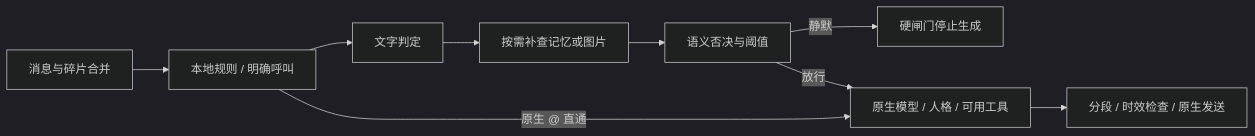
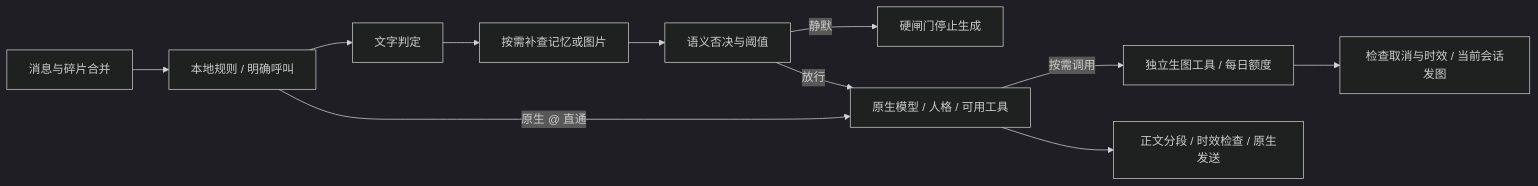
The diagram in README.md (AKIhunter/astrbot_plugin_at_guard), drawn with Mermaid (dark theme) before and after one commit. The commit also changed other lines of this file and 20 other files, not shown here.

First line of the commit message:
统一已上线功能文档并同步独立生图与上下文设置

````diff
--- a/README.md
+++ b/README.md
@@ -82,11 +88,13 @@
 ```mermaid
 flowchart LR
     A["消息与碎片合并"] --> B["本地规则 / 明确呼叫"]
     B --> C["文字判定"]
     C --> D["按需补查记忆或图片"]
     D --> E["语义否决与阈值"]
     E -->|静默| F["硬闸门停止生成"]
     E -->|放行| G["原生模型 / 人格 / 可用工具"]
     B -->|原生 @ 直通| G
-    G --> H["分段 / 时效检查 / 原生发送"]
+    G -->|按需调用| I["独立生图工具 / 每日额度"]
+    I --> J["检查取消与时效 / 当前会话发图"]
+    G --> H["正文分段 / 时效检查 / 原生发送"]
 ```
````
